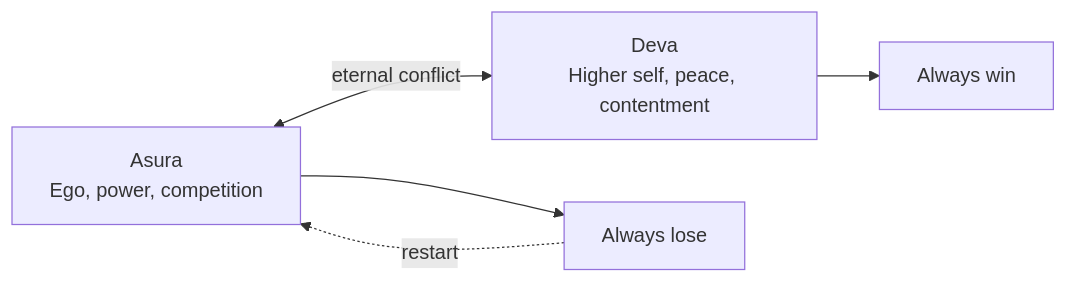
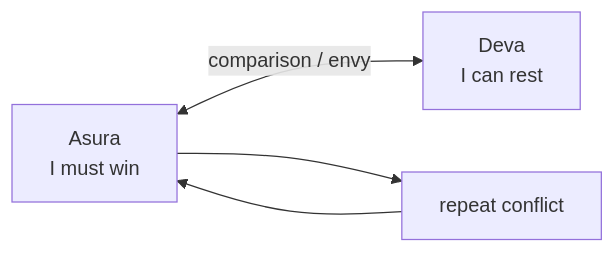
Before and after one commit to dyukahi/knowledge: the second of 3 diagrams in esoterica/Atula.md, drawn with Mermaid. The commit also changed other lines of this file and 5 other files, not shown here.

````diff
--- a/esoterica/Atula.md
+++ b/esoterica/Atula.md
@@ -84,9 +76,8 @@
 ```mermaid
 flowchart LR
-    A["Asura<br/>Ego, power, competition"] <-->|"eternal conflict"| D["Deva<br/>Higher self, peace, contentment"]
-    
-    A --> L["Always lose"]
-    D --> W["Always win"]
-    
-    L -.->|"restart"| A
+    A["Asura<br/>I must win"]
+    D["Deva<br/>I can rest"]
+    A <-->|"comparison / envy"| D
+    A --> R["repeat conflict"]
+    R --> A
 ```
````
